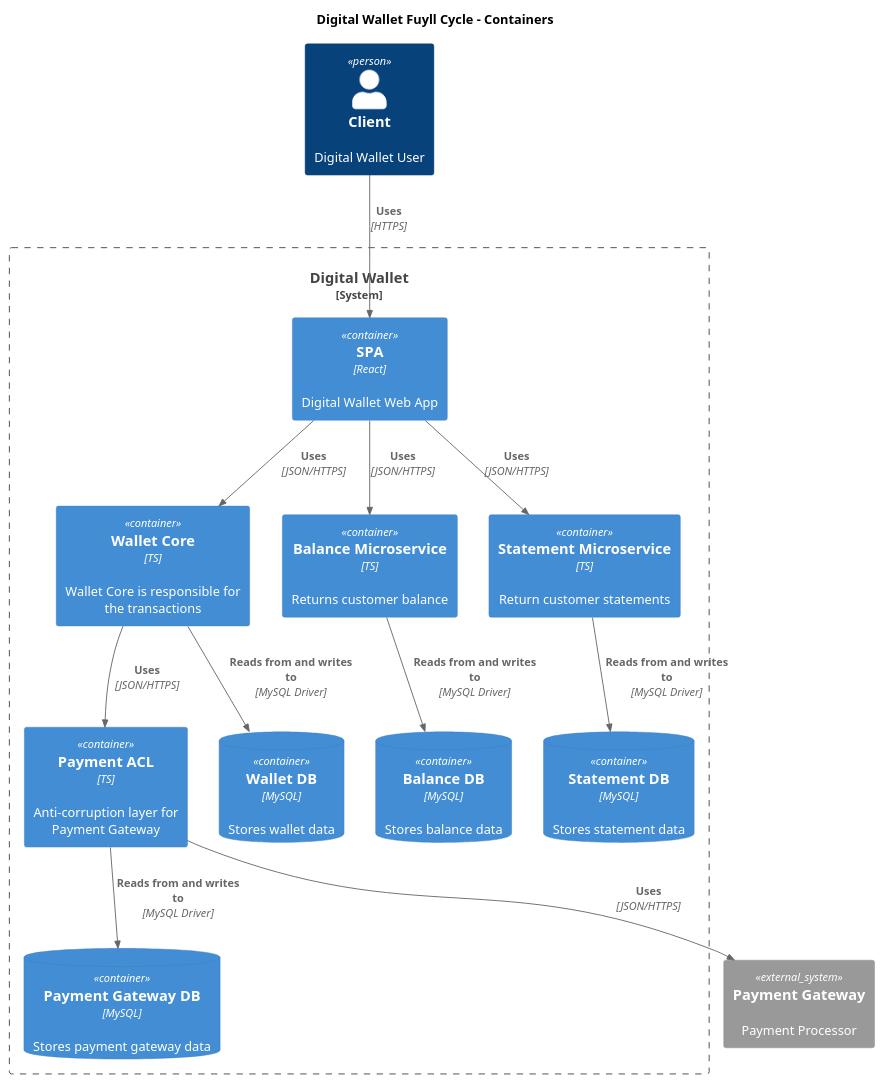
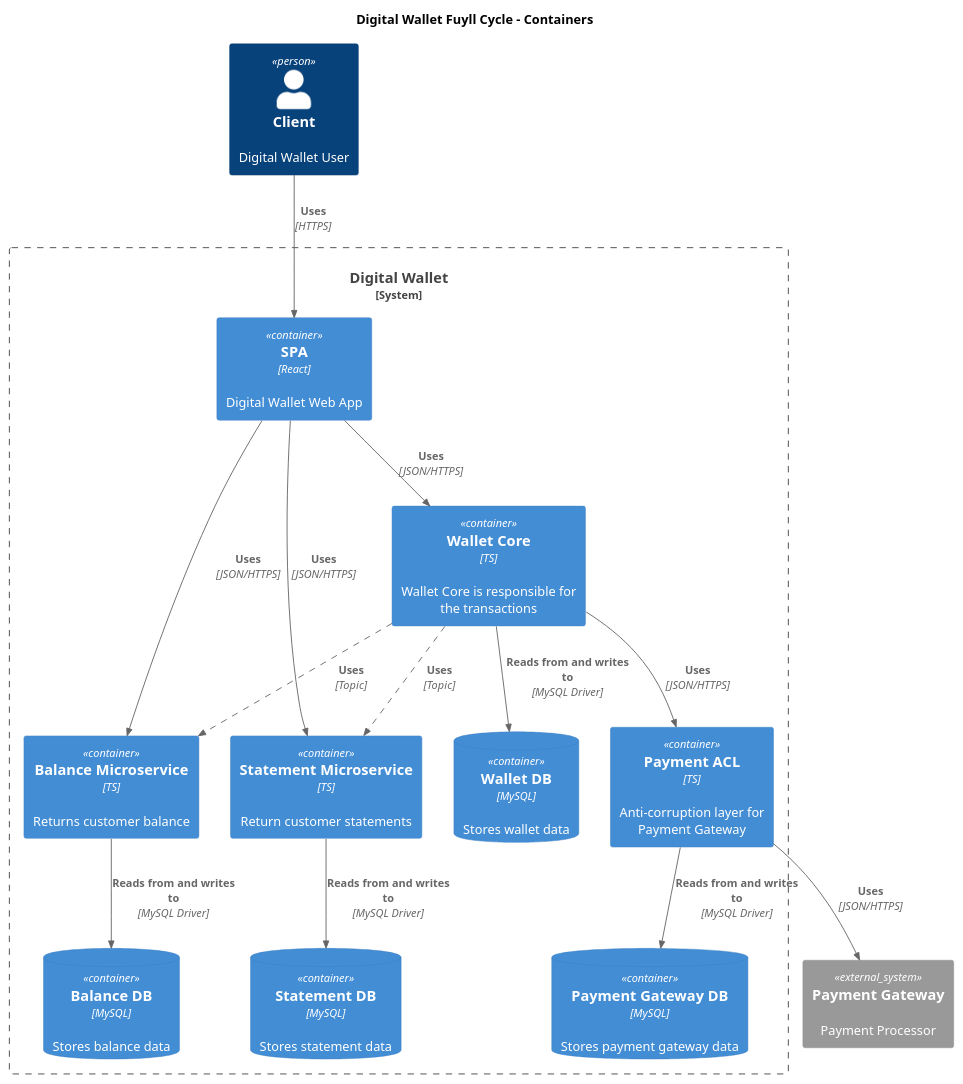
One commit to josenaldo/fc-microservices-c4 changed the diagram in containers.puml. Above: the diagram before and after it, drawn with PlantUML.

Commit message:
Add topics

```diff
--- a/containers.puml
+++ b/containers.puml
@@ -1,39 +1,45 @@
 @startuml
 !include https://raw.githubusercontent.com/plantuml-stdlib/C4-PlantUML/master/C4_Container.puml
+AddRelTag("async", $lineStyle = DashedLine())
 
 title "Digital Wallet Fuyll Cycle - Containers"
 
 Person(client, "Client", "Digital Wallet User")
 System_Ext(payment_gateway, "Payment Gateway", "Payment Processor")
 
 System_Boundary(digital_wallet, "Digital Wallet"){
   Container(spa, "SPA", "React", "Digital Wallet Web App")
   Container(wallet_core, "Wallet Core", "TS", "Wallet Core is responsible for the transactions")
   Container(balance_service, "Balance Microservice", "TS", "Returns customer balance")
   Container(statement_service, "Statement Microservice", "TS", "Return customer statements")
   Container(payment_acl, "Payment ACL", "TS", "Anti-corruption layer for Payment Gateway")
  
   ContainerDb(wallet_db, "Wallet DB", "MySQL", "Stores wallet data")
   Rel(wallet_core, wallet_db, "Reads from and writes to", "MySQL Driver")
 
   ContainerDb(balance_db, "Balance DB", "MySQL", "Stores balance data")
   Rel(balance_service, balance_db, "Reads from and writes to", "MySQL Driver")
 
   ContainerDb(statement_db, "Statement DB", "MySQL", "Stores statement data")
   Rel(statement_service, statement_db, "Reads from and writes to", "MySQL Driver")
 
   ContainerDb(payment_acl_db, "Payment Gateway DB", "MySQL", "Stores payment gateway data")
   Rel(payment_acl, payment_acl_db, "Reads from and writes to", "MySQL Driver")
 
   Rel(client, spa, "Uses", "HTTPS")
   Rel(spa, wallet_core, "Uses", "JSON/HTTPS")
   Rel(spa, balance_service, "Uses", "JSON/HTTPS")
   Rel(spa, statement_service, "Uses", "JSON/HTTPS")
   Rel(wallet_core, payment_acl, "Uses", "JSON/HTTPS")
   Rel(payment_acl, payment_gateway, "Uses", "JSON/HTTPS")
 
+  Rel(wallet_core, balance_service, "Uses", "Topic", $tags = "async")
+  Rel(wallet_core, statement_service, "Uses", "Topic", $tags = "async")
+
+  
+
 }
 
 
 
 @enduml
```
